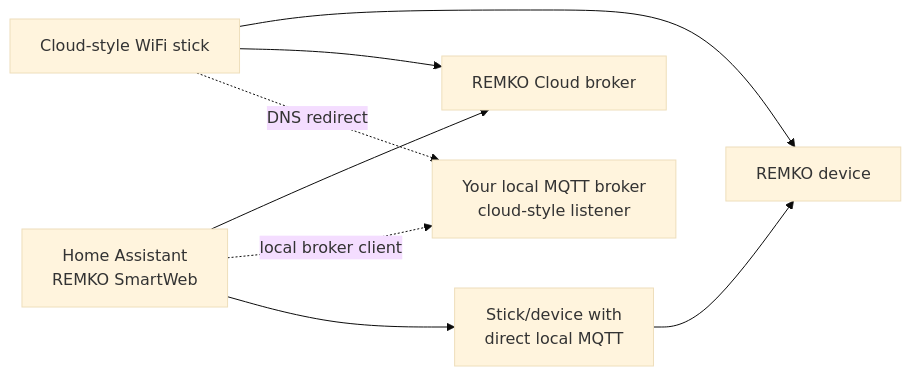
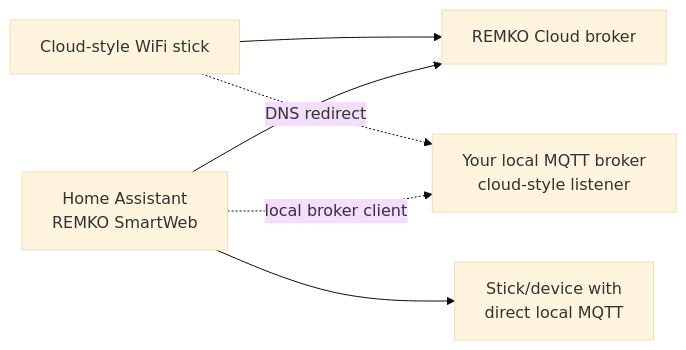
One commit to Christoph-87/remko-smartweb-ha changed the diagram in docs/local_connection_modes.md. Above: the diagram before and after it, drawn with Mermaid (base theme). The commit also changed 1 other file, not shown here.

Commit message:
docs: simplify local connection diagrams

````diff
--- a/docs/local_connection_modes.md
+++ b/docs/local_connection_modes.md
@@ -23,14 +23,11 @@
 ```mermaid
 flowchart LR
-  Device["REMKO device"]
-
-  Stick["Cloud-style WiFi stick"] --> Device
+  Stick["Cloud-style WiFi stick"]
   Stick --> Cloud["REMKO Cloud broker"]
   HA["Home Assistant<br/>REMKO SmartWeb"] --> Cloud
 
   Stick -. DNS redirect .-> Broker["Your local MQTT broker<br/>cloud-style listener"]
   HA -. local broker client .-> Broker
 
-  Direct["Stick/device with<br/>direct local MQTT"] --> Device
-  HA --> Direct
+  HA --> Direct["Stick/device with<br/>direct local MQTT"]
 ```
````
